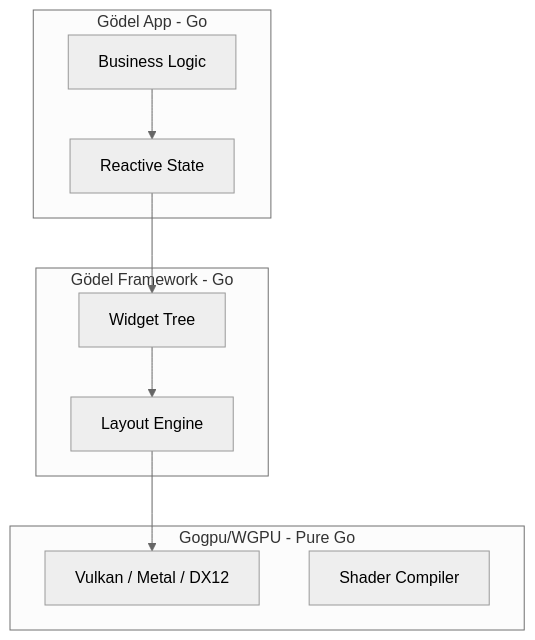
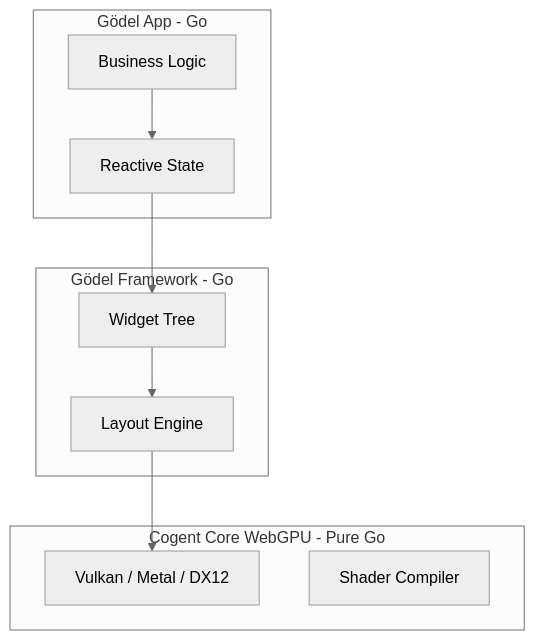
The diagram in architecture/whitepaper.md (jonas-kgomo/godel), drawn with Mermaid (neutral theme) before and after one commit. The commit also changed other lines of this file and 24 other files, not shown here.

Commit message:
refactor: migrate core rendering to Cogent Core WebGPU and implement devtools with input state management

````diff
--- a/architecture/whitepaper.md
+++ b/architecture/whitepaper.md
@@ -47,22 +47,22 @@
 ```mermaid
 graph TD
     subgraph Godel_App [Gödel App - Go]
         Logic[Business Logic]
         State[Reactive State]
     end
 
     subgraph Godel_Framework [Gödel Framework - Go]
         UI[Widget Tree]
         Layout[Layout Engine]
     end
 
-    subgraph Gogpu_Backend [Gogpu/WGPU - Pure Go]
+    subgraph Cogent_Backend [Cogent Core WebGPU - Pure Go]
         Vulkan[Vulkan / Metal / DX12]
         Shader[Shader Compiler]
     end
 
     Logic --> State
     State --> UI
     UI --> Layout
     Layout --> Vulkan
 ```
````
